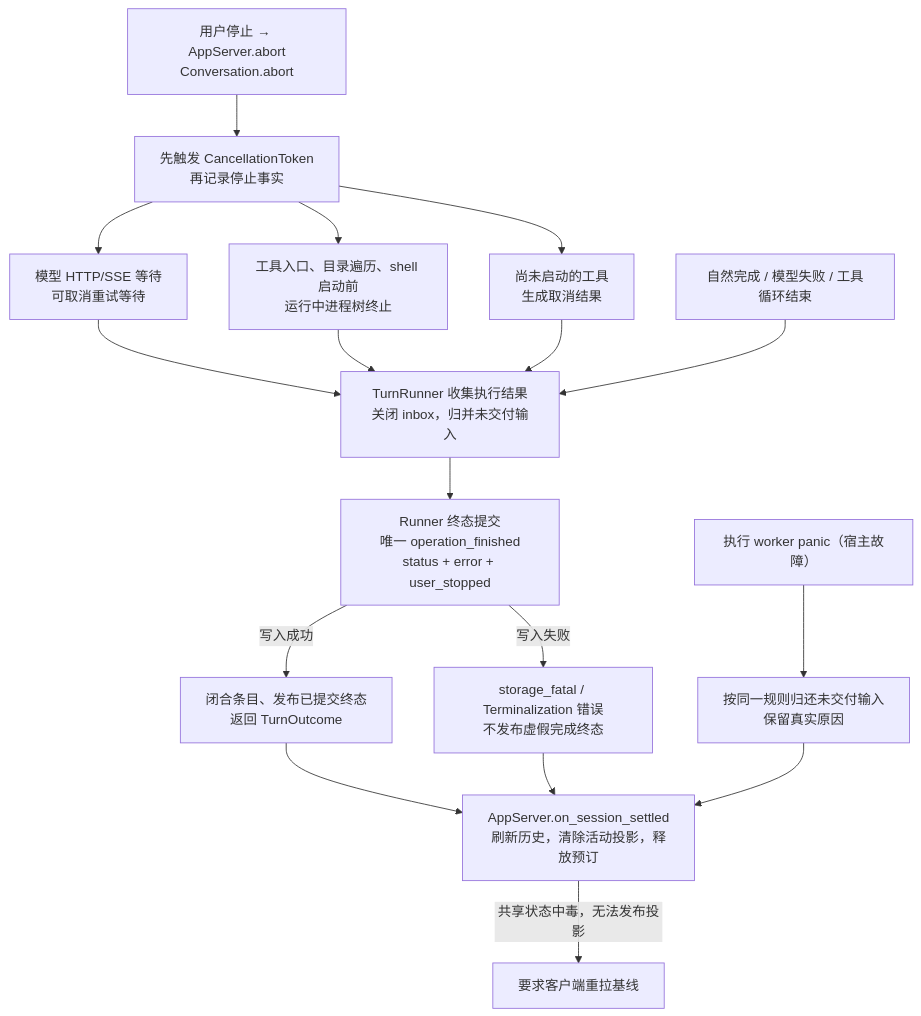
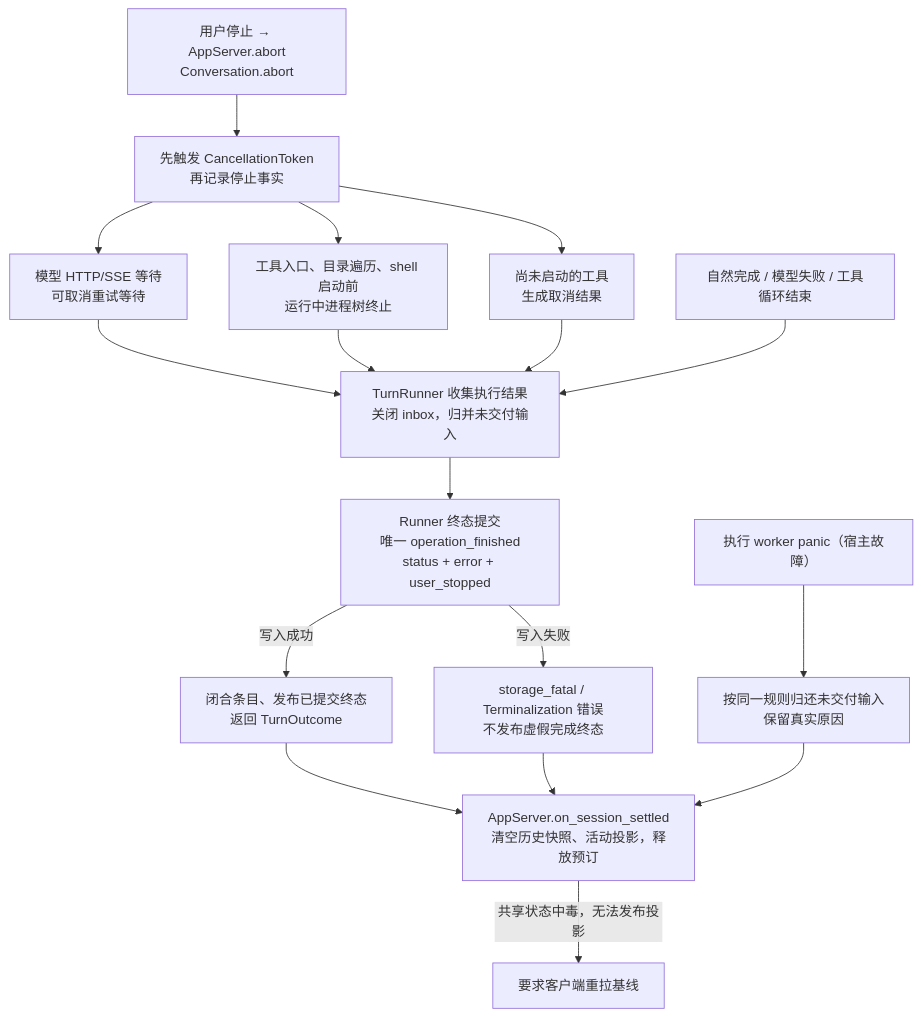
Diagram 17 of 29 in docs/architecture.md (qjcnmd/singularity-agent), drawn with Mermaid before and after one commit. The commit also changed other lines of this file and 63 other files, not shown here.

````diff
--- a/docs/architecture.md
+++ b/docs/architecture.md
@@ -467,19 +467,19 @@
 ```mermaid
 flowchart TB
     Stop["用户停止 → AppServer.abort<br/>Conversation.abort"] --> Signal["先触发 CancellationToken<br/>再记录停止事实"]
     Signal --> Model["模型 HTTP/SSE 等待<br/>可取消重试等待"]
     Signal --> Tools["工具入口、目录遍历、shell 启动前<br/>运行中进程树终止"]
     Signal --> Unstarted["尚未启动的工具<br/>生成取消结果"]
     Model --> Finish["TurnRunner 收集执行结果<br/>关闭 inbox，归并未交付输入"]
     Tools --> Finish
     Unstarted --> Finish
     Normal["自然完成 / 模型失败 / 工具循环结束"] --> Finish
     Finish --> Commit["Runner 终态提交<br/>唯一 operation_finished<br/>status + error + user_stopped"]
     Commit -->|"写入成功"| Publish["闭合条目、发布已提交终态<br/>返回 TurnOutcome"]
     Commit -->|"写入失败"| Fatal["storage_fatal / Terminalization 错误<br/>不发布虚假完成终态"]
-    Publish --> Settled["AppServer.on_session_settled<br/>刷新历史，清除活动投影，释放预订"]
+    Publish --> Settled["AppServer.on_session_settled<br/>清空历史快照、活动投影，释放预订"]
     Fatal --> Settled
     Panic["执行 worker panic（宿主故障）"] --> Handback["按同一规则归还未交付输入<br/>保留真实原因"]
     Handback --> Settled
     Settled -->|"共享状态中毒，无法发布投影"| Resync["要求客户端重拉基线"]
 ```
````
